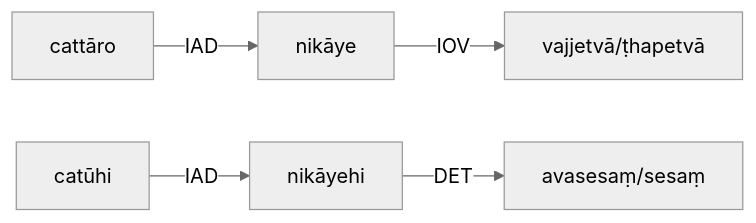
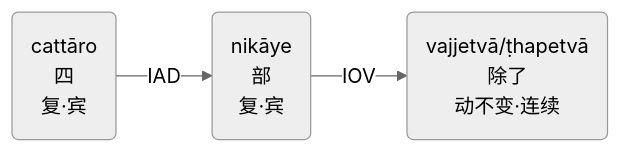
The first of 2 diagrams in src/advance-relation/9_of.md (iapt-platform/pali-handbook), drawn with Mermaid (neutral theme) before and after one commit. The commit also changed other lines of this file, not shown here.

````diff
--- a/src/advance-relation/9_of.md
+++ b/src/advance-relation/9_of.md
@@ -11,5 +10,7 @@
 ```mermaid
 flowchart LR
-cattāro--IAD-->nikāye--IOV-->vajjetvā/ṭhapetvā
-catūhi--IAD-->nikāyehi--DET-->avasesaṃ/sesaṃ
+A("cattāro<br>四<br>复·宾")
+B("nikāye<br>部<br>复·宾")
+C("vajjetvā/ṭhapetvā<br>除了<br>动不变·连续")
+A--IAD-->B--IOV-->C
 ```
````
